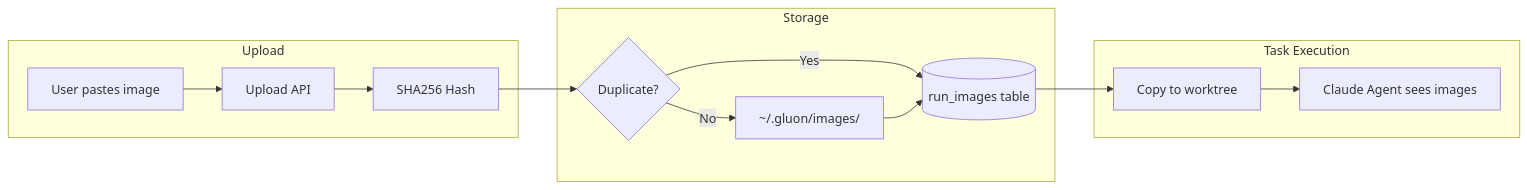
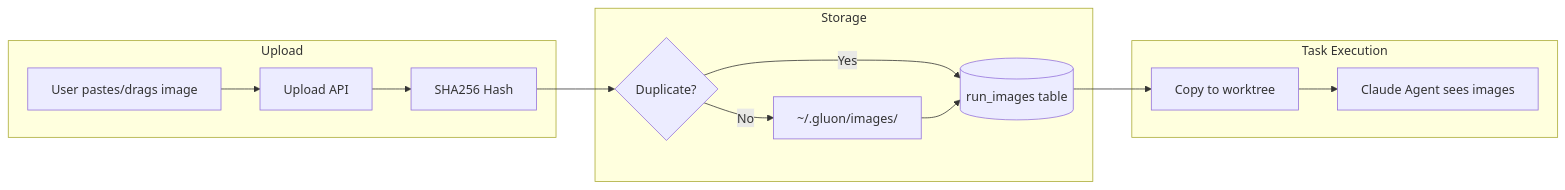
One commit to carrotly-ai/gluon-agent changed the second of 3 diagrams in docs/WEB-DASHBOARD.md. Above: the diagram before and after it, drawn with Mermaid. The commit also changed other lines of this file and 7 other files, not shown here.

````diff
--- a/docs/WEB-DASHBOARD.md
+++ b/docs/WEB-DASHBOARD.md
@@ -136,28 +187,28 @@
 ```mermaid
 flowchart LR
     subgraph "Upload"
-        USER[User pastes image]
+        USER[User pastes/drags image]
         UPLOAD[Upload API]
         HASH[SHA256 Hash]
     end
 
     subgraph "Storage"
         DEDUP{Duplicate?}
         STORE[~/.gluon/images/]
         DB[(run_images table)]
     end
 
     subgraph "Task Execution"
         COPY[Copy to worktree]
         AI[Claude Agent sees images]
     end
 
     USER --> UPLOAD
     UPLOAD --> HASH
     HASH --> DEDUP
     DEDUP -->|No| STORE
     DEDUP -->|Yes| DB
     STORE --> DB
     DB --> COPY
     COPY --> AI
 ```
````
